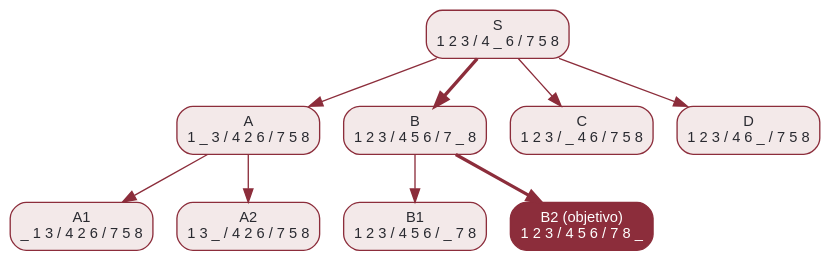
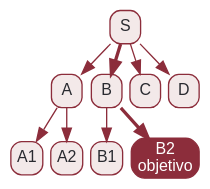
Before and after one commit to rodrgds/resumos: the diagram in src/content/ia/puzzle8.dot, drawn with Graphviz. The commit also changed 29 other files, not shown here.

```diff
--- a/src/content/ia/puzzle8.dot
+++ b/src/content/ia/puzzle8.dot
@@ -1,22 +1,22 @@
 digraph Fragmento {
-  graph [bgcolor="transparent", rankdir=TB, pad=0.2];
-  node [shape=box, style="rounded,filled", fillcolor="#f3e9e9", color="#8c2d3b", fontcolor="#292a30", fontname="Arial", fontsize=11];
+  graph [bgcolor="transparent", rankdir=TB, pad=0.12, nodesep=0.08, ranksep=0.32];
+  node [shape=box, width=0.32, height=0.35, margin="0.05,0.03", style="rounded,filled", fillcolor="#f3e9e9", color="#8c2d3b", fontcolor="#292a30", fontname="Arial", fontsize=12];
   edge [color="#8c2d3b"];
-  S [label="S\n1 2 3 / 4 _ 6 / 7 5 8"];
-  A [label="A\n1 _ 3 / 4 2 6 / 7 5 8"];
-  B [label="B\n1 2 3 / 4 5 6 / 7 _ 8"];
-  C [label="C\n1 2 3 / _ 4 6 / 7 5 8"];
-  D [label="D\n1 2 3 / 4 6 _ / 7 5 8"];
-  A1 [label="A1\n_ 1 3 / 4 2 6 / 7 5 8"];
-  A2 [label="A2\n1 3 _ / 4 2 6 / 7 5 8"];
-  B1 [label="B1\n1 2 3 / 4 5 6 / _ 7 8"];
-  B2 [label="B2 (objetivo)\n1 2 3 / 4 5 6 / 7 8 _", fillcolor="#8c2d3b", fontcolor="#ffffff"];
+  S [label="S"];
+  A [label="A"];
+  B [label="B"];
+  C [label="C"];
+  D [label="D"];
+  A1 [label="A1"];
+  A2 [label="A2"];
+  B1 [label="B1"];
+  B2 [label="B2\nobjetivo", fillcolor="#8c2d3b", fontcolor="#ffffff"];
   S -> A;
   S -> B [penwidth=2.5];
   S -> C;
   S -> D;
   A -> A1;
   A -> A2;
   B -> B1;
   B -> B2 [penwidth=2.5];
 }
```
